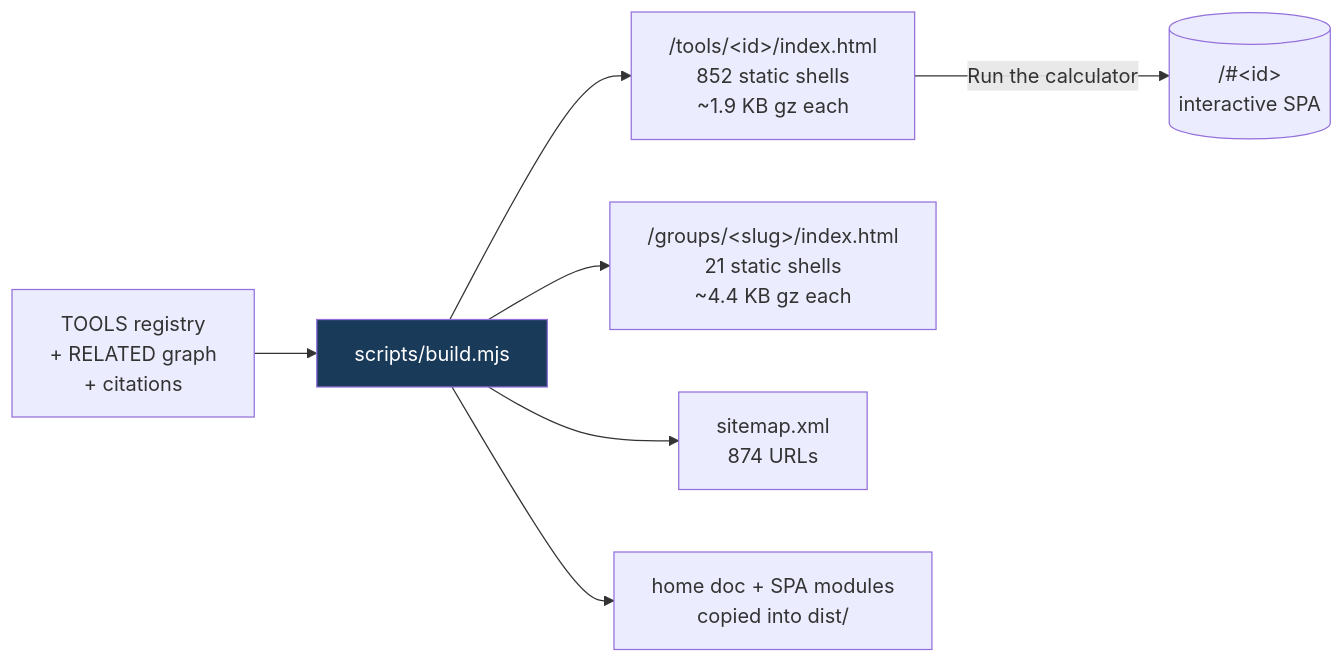
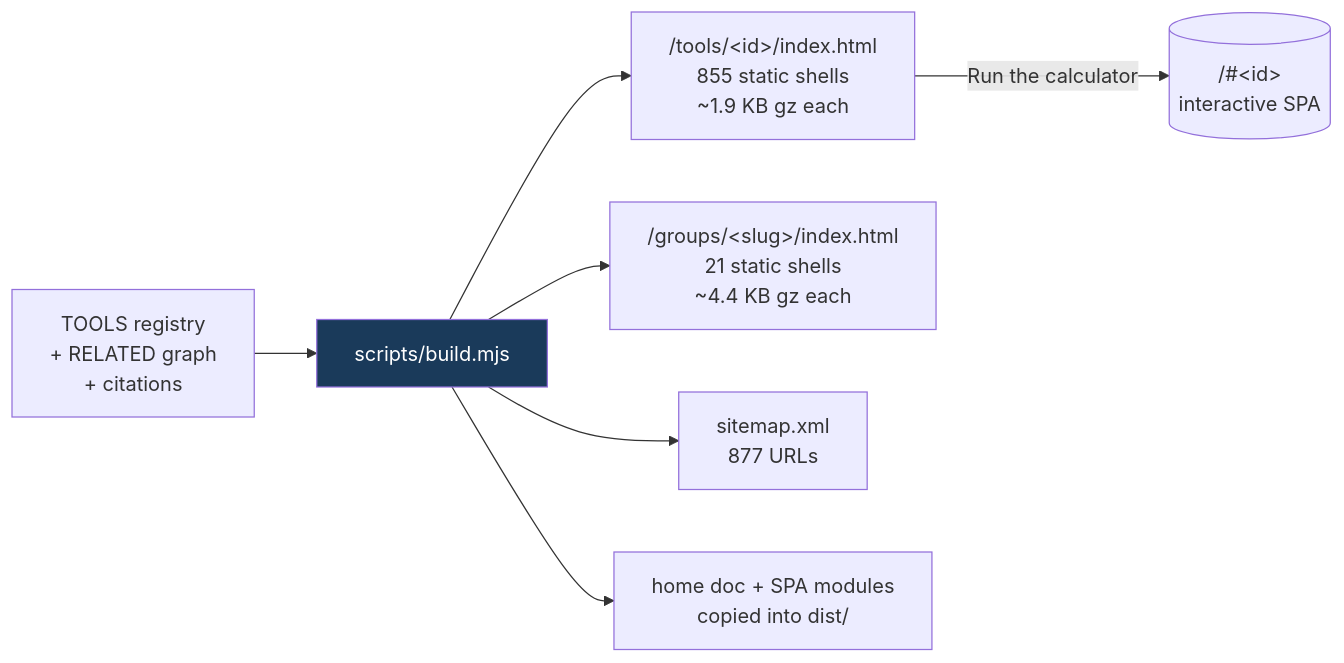
Before and after one commit to clay-good/roughlogic.com: the fifth of 8 diagrams in README.md, drawn with Mermaid. The commit also changed other lines of this file and 21 other files, not shown here.

````diff
--- a/README.md
+++ b/README.md
@@ -495,10 +495,10 @@
 ```mermaid
 flowchart LR
     SRC[TOOLS registry\n+ RELATED graph\n+ citations] --> BUILD[scripts/build.mjs]
-    BUILD --> TILE["/tools/&lt;id&gt;/index.html\n852 static shells\n~1.9 KB gz each"]
+    BUILD --> TILE["/tools/&lt;id&gt;/index.html\n855 static shells\n~1.9 KB gz each"]
     BUILD --> GROUP["/groups/&lt;slug&gt;/index.html\n21 static shells\n~4.4 KB gz each"]
-    BUILD --> MAP["sitemap.xml\n874 URLs"]
+    BUILD --> MAP["sitemap.xml\n877 URLs"]
     BUILD --> COPY[home doc + SPA modules\ncopied into dist/]
     TILE -->|Run the calculator| SPA[("/#&lt;id&gt;\ninteractive SPA")]
     style BUILD fill:#1a3a5a,color:#fff
 ```
````
